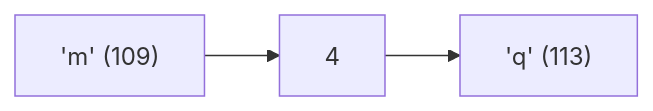
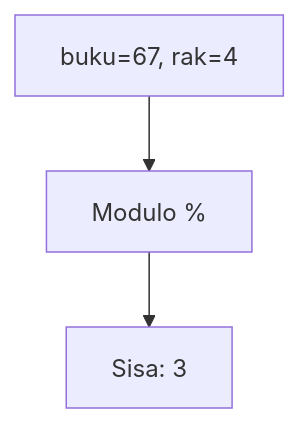
Before and after one commit to amnahwaida/OSNK_INF_PREP: the third of 25 diagrams in part-c-pemahaman-cpp/01-tipe-data/latihan/set-06.md, drawn with Mermaid. The commit also changed other lines of this file and 71 other files, not shown here.

````diff
--- a/part-c-pemahaman-cpp/01-tipe-data/latihan/set-06.md
+++ b/part-c-pemahaman-cpp/01-tipe-data/latihan/set-06.md
@@ -75,5 +79,5 @@
 ```mermaid
-graph LR
-A["'m' (109)"] --> B["4"]
-B --> C["'q' (113)"]
+graph TD
+A["buku=67, rak=4"] --> B["Modulo %"]
+B --> C["Sisa: 3"]
 ```
````
